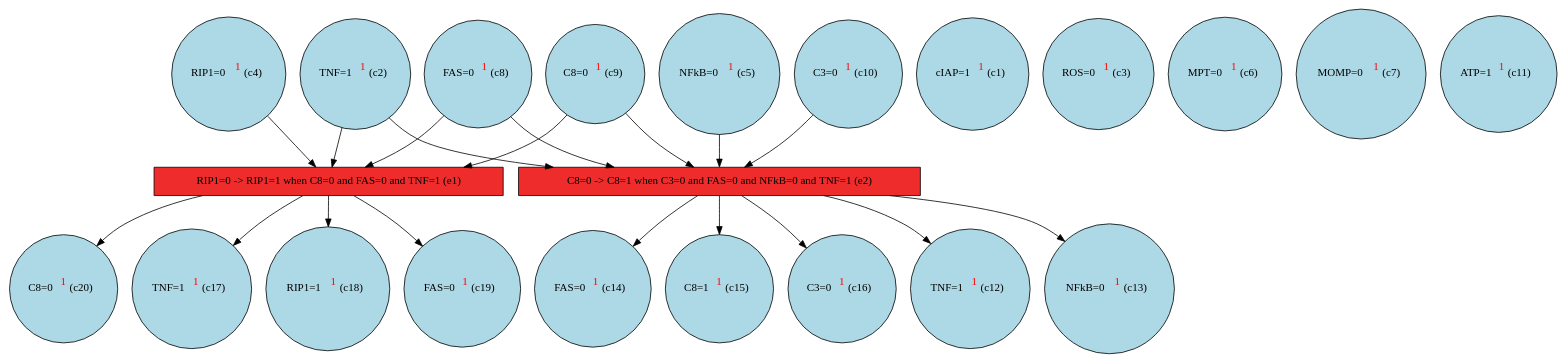
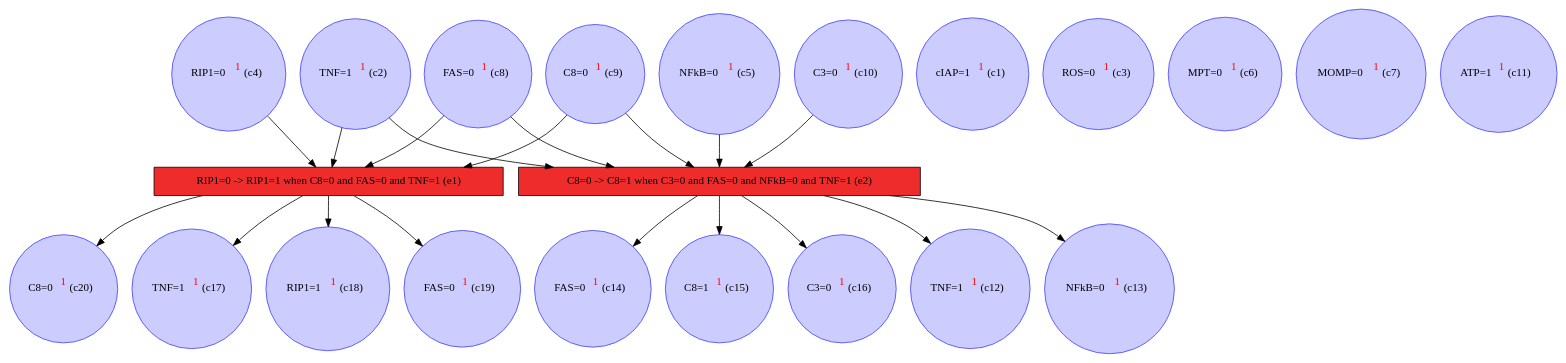
The diagram in examples/gandalf2022_paper/celldeath/celldeath_unf.dot (giannkas/ecofolder), drawn with Graphviz before and after one commit. The commit also changed 33 other files, not shown here.

```diff
--- a/examples/gandalf2022_paper/celldeath/celldeath_unf.dot
+++ b/examples/gandalf2022_paper/celldeath/celldeath_unf.dot
@@ -1,42 +1,42 @@
 digraph test {
   c2 -> e1;
   c2 -> e2;
   c4 -> e1;
   c5 -> e2;
   c8 -> e1;
   c8 -> e2;
   c9 -> e1;
   c9 -> e2;
   c10 -> e2;
   e2 -> c12;
   e2 -> c13;
   e2 -> c14;
   e2 -> c15;
   e2 -> c16;
   e1 -> c17;
   e1 -> c18;
   e1 -> c19;
   e1 -> c20;
-  c1 [fillcolor=lightblue label= <cIAP=1<FONT COLOR="red"><SUP>1</SUP></FONT>&nbsp;(c1)> shape=circle style=filled];
-  c2 [fillcolor=lightblue label= <TNF=1<FONT COLOR="red"><SUP>1</SUP></FONT>&nbsp;(c2)> shape=circle style=filled];
-  c3 [fillcolor=lightblue label= <ROS=0<FONT COLOR="red"><SUP>1</SUP></FONT>&nbsp;(c3)> shape=circle style=filled];
-  c4 [fillcolor=lightblue label= <RIP1=0<FONT COLOR="red"><SUP>1</SUP></FONT>&nbsp;(c4)> shape=circle style=filled];
-  c5 [fillcolor=lightblue label= <NFkB=0<FONT COLOR="red"><SUP>1</SUP></FONT>&nbsp;(c5)> shape=circle style=filled];
-  c6 [fillcolor=lightblue label= <MPT=0<FONT COLOR="red"><SUP>1</SUP></FONT>&nbsp;(c6)> shape=circle style=filled];
-  c7 [fillcolor=lightblue label= <MOMP=0<FONT COLOR="red"><SUP>1</SUP></FONT>&nbsp;(c7)> shape=circle style=filled];
-  c8 [fillcolor=lightblue label= <FAS=0<FONT COLOR="red"><SUP>1</SUP></FONT>&nbsp;(c8)> shape=circle style=filled];
-  c9 [fillcolor=lightblue label= <C8=0<FONT COLOR="red"><SUP>1</SUP></FONT>&nbsp;(c9)> shape=circle style=filled];
-  c10 [fillcolor=lightblue label= <C3=0<FONT COLOR="red"><SUP>1</SUP></FONT>&nbsp;(c10)> shape=circle style=filled];
-  c11 [fillcolor=lightblue label= <ATP=1<FONT COLOR="red"><SUP>1</SUP></FONT>&nbsp;(c11)> shape=circle style=filled];
-  c12 [fillcolor=lightblue label= <TNF=1<FONT COLOR="red"><SUP>1</SUP></FONT>&nbsp;(c12)> shape=circle style=filled];
-  c13 [fillcolor=lightblue label= <NFkB=0<FONT COLOR="red"><SUP>1</SUP></FONT>&nbsp;(c13)> shape=circle style=filled];
-  c14 [fillcolor=lightblue label= <FAS=0<FONT COLOR="red"><SUP>1</SUP></FONT>&nbsp;(c14)> shape=circle style=filled];
-  c15 [fillcolor=lightblue label= <C8=1<FONT COLOR="red"><SUP>1</SUP></FONT>&nbsp;(c15)> shape=circle style=filled];
-  c16 [fillcolor=lightblue label= <C3=0<FONT COLOR="red"><SUP>1</SUP></FONT>&nbsp;(c16)> shape=circle style=filled];
-  c17 [fillcolor=lightblue label= <TNF=1<FONT COLOR="red"><SUP>1</SUP></FONT>&nbsp;(c17)> shape=circle style=filled];
-  c18 [fillcolor=lightblue label= <RIP1=1<FONT COLOR="red"><SUP>1</SUP></FONT>&nbsp;(c18)> shape=circle style=filled];
-  c19 [fillcolor=lightblue label= <FAS=0<FONT COLOR="red"><SUP>1</SUP></FONT>&nbsp;(c19)> shape=circle style=filled];
-  c20 [fillcolor=lightblue label= <C8=0<FONT COLOR="red"><SUP>1</SUP></FONT>&nbsp;(c20)> shape=circle style=filled];
+  c1 [color="#4040ff" fillcolor="#ccccff" label= <cIAP=1<FONT COLOR="red"><SUP>1</SUP></FONT>&nbsp;(c1)> shape=circle style=filled];
+  c2 [color="#4040ff" fillcolor="#ccccff" label= <TNF=1<FONT COLOR="red"><SUP>1</SUP></FONT>&nbsp;(c2)> shape=circle style=filled];
+  c3 [color="#4040ff" fillcolor="#ccccff" label= <ROS=0<FONT COLOR="red"><SUP>1</SUP></FONT>&nbsp;(c3)> shape=circle style=filled];
+  c4 [color="#4040ff" fillcolor="#ccccff" label= <RIP1=0<FONT COLOR="red"><SUP>1</SUP></FONT>&nbsp;(c4)> shape=circle style=filled];
+  c5 [color="#4040ff" fillcolor="#ccccff" label= <NFkB=0<FONT COLOR="red"><SUP>1</SUP></FONT>&nbsp;(c5)> shape=circle style=filled];
+  c6 [color="#4040ff" fillcolor="#ccccff" label= <MPT=0<FONT COLOR="red"><SUP>1</SUP></FONT>&nbsp;(c6)> shape=circle style=filled];
+  c7 [color="#4040ff" fillcolor="#ccccff" label= <MOMP=0<FONT COLOR="red"><SUP>1</SUP></FONT>&nbsp;(c7)> shape=circle style=filled];
+  c8 [color="#4040ff" fillcolor="#ccccff" label= <FAS=0<FONT COLOR="red"><SUP>1</SUP></FONT>&nbsp;(c8)> shape=circle style=filled];
+  c9 [color="#4040ff" fillcolor="#ccccff" label= <C8=0<FONT COLOR="red"><SUP>1</SUP></FONT>&nbsp;(c9)> shape=circle style=filled];
+  c10 [color="#4040ff" fillcolor="#ccccff" label= <C3=0<FONT COLOR="red"><SUP>1</SUP></FONT>&nbsp;(c10)> shape=circle style=filled];
+  c11 [color="#4040ff" fillcolor="#ccccff" label= <ATP=1<FONT COLOR="red"><SUP>1</SUP></FONT>&nbsp;(c11)> shape=circle style=filled];
+  c12 [color="#4040ff" fillcolor="#ccccff" label= <TNF=1<FONT COLOR="red"><SUP>1</SUP></FONT>&nbsp;(c12)> shape=circle style=filled];
+  c13 [color="#4040ff" fillcolor="#ccccff" label= <NFkB=0<FONT COLOR="red"><SUP>1</SUP></FONT>&nbsp;(c13)> shape=circle style=filled];
+  c14 [color="#4040ff" fillcolor="#ccccff" label= <FAS=0<FONT COLOR="red"><SUP>1</SUP></FONT>&nbsp;(c14)> shape=circle style=filled];
+  c15 [color="#4040ff" fillcolor="#ccccff" label= <C8=1<FONT COLOR="red"><SUP>1</SUP></FONT>&nbsp;(c15)> shape=circle style=filled];
+  c16 [color="#4040ff" fillcolor="#ccccff" label= <C3=0<FONT COLOR="red"><SUP>1</SUP></FONT>&nbsp;(c16)> shape=circle style=filled];
+  c17 [color="#4040ff" fillcolor="#ccccff" label= <TNF=1<FONT COLOR="red"><SUP>1</SUP></FONT>&nbsp;(c17)> shape=circle style=filled];
+  c18 [color="#4040ff" fillcolor="#ccccff" label= <RIP1=1<FONT COLOR="red"><SUP>1</SUP></FONT>&nbsp;(c18)> shape=circle style=filled];
+  c19 [color="#4040ff" fillcolor="#ccccff" label= <FAS=0<FONT COLOR="red"><SUP>1</SUP></FONT>&nbsp;(c19)> shape=circle style=filled];
+  c20 [color="#4040ff" fillcolor="#ccccff" label= <C8=0<FONT COLOR="red"><SUP>1</SUP></FONT>&nbsp;(c20)> shape=circle style=filled];
   e1 [color=black fillcolor=firebrick2 label="RIP1=0 -> RIP1=1 when C8=0 and FAS=0 and TNF=1 (e1)" shape=box style=filled];
   e2 [color=black fillcolor=firebrick2 label="C8=0 -> C8=1 when C3=0 and FAS=0 and NFkB=0 and TNF=1 (e2)" shape=box style=filled];
 }
```
